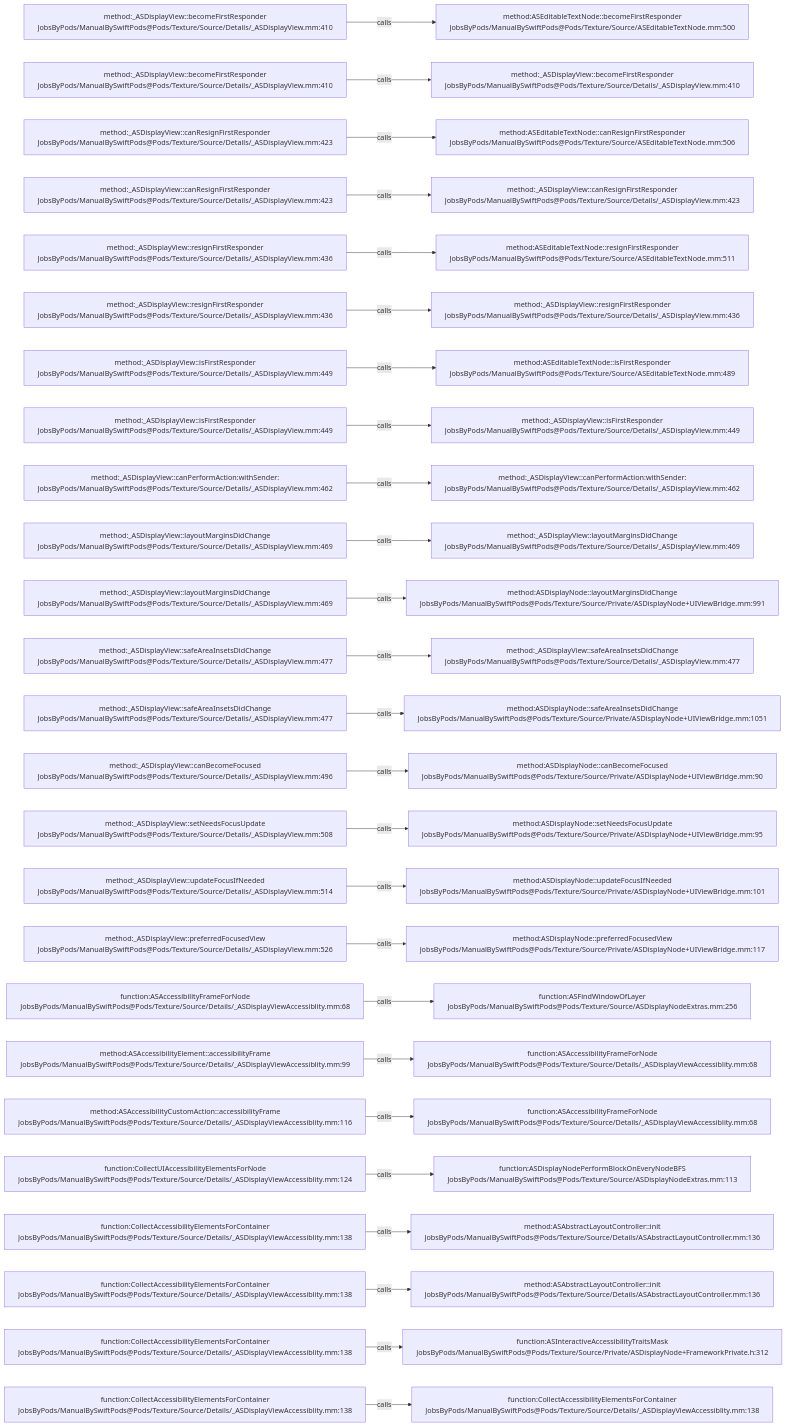
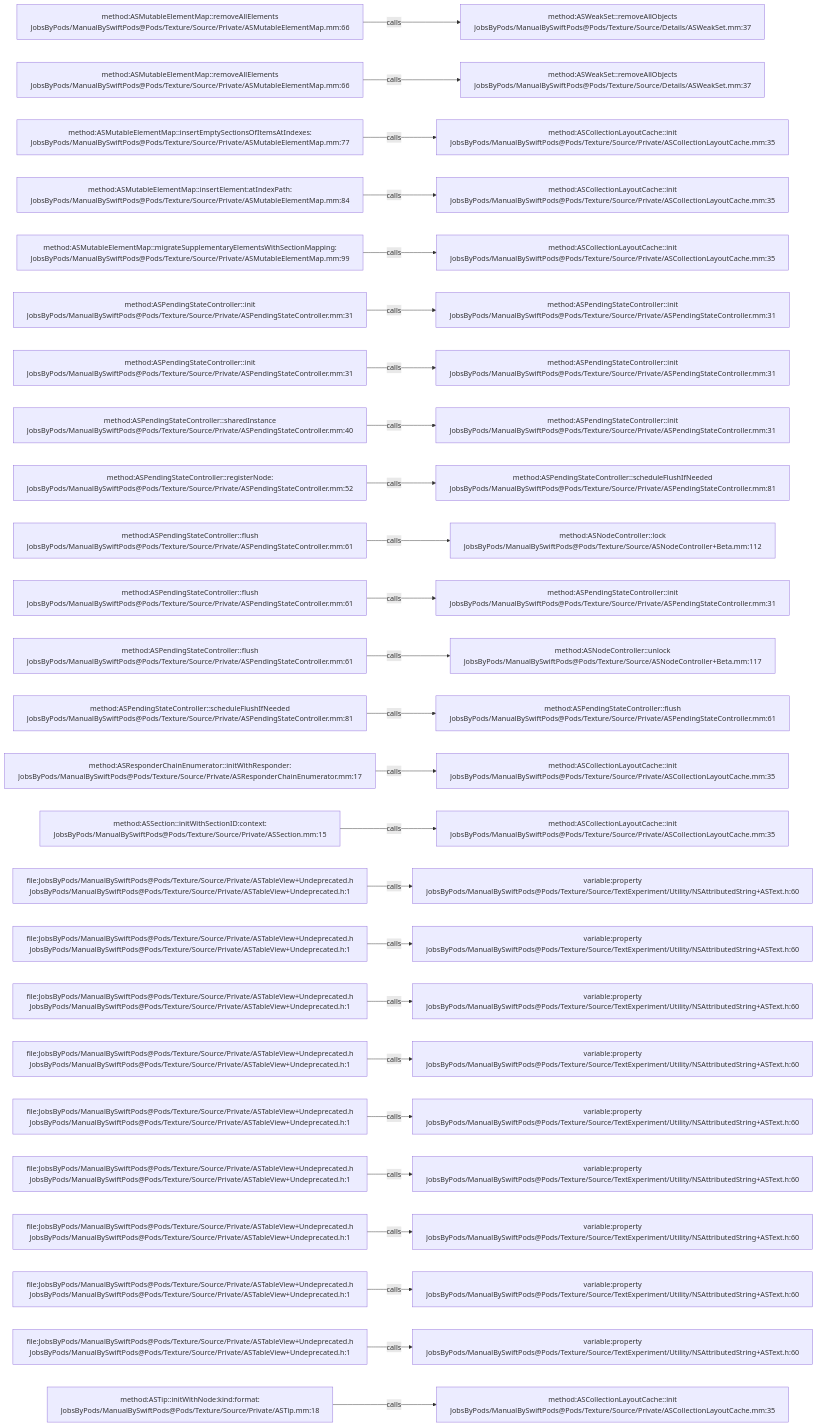
One commit to JobsKits/JobsSwiftBaseConfigDemo changed the diagram in .codegraph/codegraph.md/graphs/calls-122.md. Above: the diagram before and after it, drawn with Mermaid. The commit also changed 832 other files, not shown here.

````diff
--- a/.codegraph/codegraph.md/graphs/calls-122.md
+++ b/.codegraph/codegraph.md/graphs/calls-122.md
@@ -13,78 +13,78 @@
 ```mermaid
 flowchart LR
-  S1["method:_ASDisplayView::becomeFirstResponder<br/>JobsByPods/ManualBySwiftPods@Pods/Texture/Source/Details/_ASDisplayView.mm:410"]
-  T1["method:ASEditableTextNode::becomeFirstResponder<br/>JobsByPods/ManualBySwiftPods@Pods/Texture/Source/ASEditableTextNode.mm:500"]
+  S1["method:ASMutableElementMap::removeAllElements<br/>JobsByPods/ManualBySwiftPods@Pods/Texture/Source/Private/ASMutableElementMap.mm:66"]
+  T1["method:ASWeakSet::removeAllObjects<br/>JobsByPods/ManualBySwiftPods@Pods/Texture/Source/Details/ASWeakSet.mm:37"]
   S1 -->|calls| T1
-  S2["method:_ASDisplayView::becomeFirstResponder<br/>JobsByPods/ManualBySwiftPods@Pods/Texture/Source/Details/_ASDisplayView.mm:410"]
-  T2["method:_ASDisplayView::becomeFirstResponder<br/>JobsByPods/ManualBySwiftPods@Pods/Texture/Source/Details/_ASDisplayView.mm:410"]
+  S2["method:ASMutableElementMap::removeAllElements<br/>JobsByPods/ManualBySwiftPods@Pods/Texture/Source/Private/ASMutableElementMap.mm:66"]
+  T2["method:ASWeakSet::removeAllObjects<br/>JobsByPods/ManualBySwiftPods@Pods/Texture/Source/Details/ASWeakSet.mm:37"]
   S2 -->|calls| T2
-  S3["method:_ASDisplayView::canResignFirstResponder<br/>JobsByPods/ManualBySwiftPods@Pods/Texture/Source/Details/_ASDisplayView.mm:423"]
-  T3["method:ASEditableTextNode::canResignFirstResponder<br/>JobsByPods/ManualBySwiftPods@Pods/Texture/Source/ASEditableTextNode.mm:506"]
+  S3["method:ASMutableElementMap::insertEmptySectionsOfItemsAtIndexes:<br/>JobsByPods/ManualBySwiftPods@Pods/Texture/Source/Private/ASMutableElementMap.mm:77"]
+  T3["method:ASCollectionLayoutCache::init<br/>JobsByPods/ManualBySwiftPods@Pods/Texture/Source/Private/ASCollectionLayoutCache.mm:35"]
   S3 -->|calls| T3
-  S4["method:_ASDisplayView::canResignFirstResponder<br/>JobsByPods/ManualBySwiftPods@Pods/Texture/Source/Details/_ASDisplayView.mm:423"]
-  T4["method:_ASDisplayView::canResignFirstResponder<br/>JobsByPods/ManualBySwiftPods@Pods/Texture/Source/Details/_ASDisplayView.mm:423"]
+  S4["method:ASMutableElementMap::insertElement:atIndexPath:<br/>JobsByPods/ManualBySwiftPods@Pods/Texture/Source/Private/ASMutableElementMap.mm:84"]
+  T4["method:ASCollectionLayoutCache::init<br/>JobsByPods/ManualBySwiftPods@Pods/Texture/Source/Private/ASCollectionLayoutCache.mm:35"]
   S4 -->|calls| T4
-  S5["method:_ASDisplayView::resignFirstResponder<br/>JobsByPods/ManualBySwiftPods@Pods/Texture/Source/Details/_ASDisplayView.mm:436"]
-  T5["method:ASEditableTextNode::resignFirstResponder<br/>JobsByPods/ManualBySwiftPods@Pods/Texture/Source/ASEditableTextNode.mm:511"]
+  S5["method:ASMutableElementMap::migrateSupplementaryElementsWithSectionMapping:<br/>JobsByPods/ManualBySwiftPods@Pods/Texture/Source/Private/ASMutableElementMap.mm:99"]
+  T5["method:ASCollectionLayoutCache::init<br/>JobsByPods/ManualBySwiftPods@Pods/Texture/Source/Private/ASCollectionLayoutCache.mm:35"]
   S5 -->|calls| T5
-  S6["method:_ASDisplayView::resignFirstResponder<br/>JobsByPods/ManualBySwiftPods@Pods/Texture/Source/Details/_ASDisplayView.mm:436"]
-  T6["method:_ASDisplayView::resignFirstResponder<br/>JobsByPods/ManualBySwiftPods@Pods/Texture/Source/Details/_ASDisplayView.mm:436"]
+  S6["method:ASPendingStateController::init<br/>JobsByPods/ManualBySwiftPods@Pods/Texture/Source/Private/ASPendingStateController.mm:31"]
+  T6["method:ASPendingStateController::init<br/>JobsByPods/ManualBySwiftPods@Pods/Texture/Source/Private/ASPendingStateController.mm:31"]
   S6 -->|calls| T6
-  S7["method:_ASDisplayView::isFirstResponder<br/>JobsByPods/ManualBySwiftPods@Pods/Texture/Source/Details/_ASDisplayView.mm:449"]
-  T7["method:ASEditableTextNode::isFirstResponder<br/>JobsByPods/ManualBySwiftPods@Pods/Texture/Source/ASEditableTextNode.mm:489"]
+  S7["method:ASPendingStateController::init<br/>JobsByPods/ManualBySwiftPods@Pods/Texture/Source/Private/ASPendingStateController.mm:31"]
+  T7["method:ASPendingStateController::init<br/>JobsByPods/ManualBySwiftPods@Pods/Texture/Source/Private/ASPendingStateController.mm:31"]
   S7 -->|calls| T7
-  S8["method:_ASDisplayView::isFirstResponder<br/>JobsByPods/ManualBySwiftPods@Pods/Texture/Source/Details/_ASDisplayView.mm:449"]
-  T8["method:_ASDisplayView::isFirstResponder<br/>JobsByPods/ManualBySwiftPods@Pods/Texture/Source/Details/_ASDisplayView.mm:449"]
+  S8["method:ASPendingStateController::sharedInstance<br/>JobsByPods/ManualBySwiftPods@Pods/Texture/Source/Private/ASPendingStateController.mm:40"]
+  T8["method:ASPendingStateController::init<br/>JobsByPods/ManualBySwiftPods@Pods/Texture/Source/Private/ASPendingStateController.mm:31"]
   S8 -->|calls| T8
-  S9["method:_ASDisplayView::canPerformAction:withSender:<br/>JobsByPods/ManualBySwiftPods@Pods/Texture/Source/Details/_ASDisplayView.mm:462"]
-  T9["method:_ASDisplayView::canPerformAction:withSender:<br/>JobsByPods/ManualBySwiftPods@Pods/Texture/Source/Details/_ASDisplayView.mm:462"]
+  S9["method:ASPendingStateController::registerNode:<br/>JobsByPods/ManualBySwiftPods@Pods/Texture/Source/Private/ASPendingStateController.mm:52"]
+  T9["method:ASPendingStateController::scheduleFlushIfNeeded<br/>JobsByPods/ManualBySwiftPods@Pods/Texture/Source/Private/ASPendingStateController.mm:81"]
   S9 -->|calls| T9
-  S10["method:_ASDisplayView::layoutMarginsDidChange<br/>JobsByPods/ManualBySwiftPods@Pods/Texture/Source/Details/_ASDisplayView.mm:469"]
-  T10["method:_ASDisplayView::layoutMarginsDidChange<br/>JobsByPods/ManualBySwiftPods@Pods/Texture/Source/Details/_ASDisplayView.mm:469"]
+  S10["method:ASPendingStateController::flush<br/>JobsByPods/ManualBySwiftPods@Pods/Texture/Source/Private/ASPendingStateController.mm:61"]
+  T10["method:ASNodeController::lock<br/>JobsByPods/ManualBySwiftPods@Pods/Texture/Source/ASNodeController+Beta.mm:112"]
   S10 -->|calls| T10
-  S11["method:_ASDisplayView::layoutMarginsDidChange<br/>JobsByPods/ManualBySwiftPods@Pods/Texture/Source/Details/_ASDisplayView.mm:469"]
-  T11["method:ASDisplayNode::layoutMarginsDidChange<br/>JobsByPods/ManualBySwiftPods@Pods/Texture/Source/Private/ASDisplayNode+UIViewBridge.mm:991"]
+  S11["method:ASPendingStateController::flush<br/>JobsByPods/ManualBySwiftPods@Pods/Texture/Source/Private/ASPendingStateController.mm:61"]
+  T11["method:ASPendingStateController::init<br/>JobsByPods/ManualBySwiftPods@Pods/Texture/Source/Private/ASPendingStateController.mm:31"]
   S11 -->|calls| T11
-  S12["method:_ASDisplayView::safeAreaInsetsDidChange<br/>JobsByPods/ManualBySwiftPods@Pods/Texture/Source/Details/_ASDisplayView.mm:477"]
-  T12["method:_ASDisplayView::safeAreaInsetsDidChange<br/>JobsByPods/ManualBySwiftPods@Pods/Texture/Source/Details/_ASDisplayView.mm:477"]
+  S12["method:ASPendingStateController::flush<br/>JobsByPods/ManualBySwiftPods@Pods/Texture/Source/Private/ASPendingStateController.mm:61"]
+  T12["method:ASNodeController::unlock<br/>JobsByPods/ManualBySwiftPods@Pods/Texture/Source/ASNodeController+Beta.mm:117"]
   S12 -->|calls| T12
-  S13["method:_ASDisplayView::safeAreaInsetsDidChange<br/>JobsByPods/ManualBySwiftPods@Pods/Texture/Source/Details/_ASDisplayView.mm:477"]
-  T13["method:ASDisplayNode::safeAreaInsetsDidChange<br/>JobsByPods/ManualBySwiftPods@Pods/Texture/Source/Private/ASDisplayNode+UIViewBridge.mm:1051"]
+  S13["method:ASPendingStateController::scheduleFlushIfNeeded<br/>JobsByPods/ManualBySwiftPods@Pods/Texture/Source/Private/ASPendingStateController.mm:81"]
+  T13["method:ASPendingStateController::flush<br/>JobsByPods/ManualBySwiftPods@Pods/Texture/Source/Private/ASPendingStateController.mm:61"]
   S13 -->|calls| T13
-  S14["method:_ASDisplayView::canBecomeFocused<br/>JobsByPods/ManualBySwiftPods@Pods/Texture/Source/Details/_ASDisplayView.mm:496"]
-  T14["method:ASDisplayNode::canBecomeFocused<br/>JobsByPods/ManualBySwiftPods@Pods/Texture/Source/Private/ASDisplayNode+UIViewBridge.mm:90"]
+  S14["method:ASResponderChainEnumerator::initWithResponder:<br/>JobsByPods/ManualBySwiftPods@Pods/Texture/Source/Private/ASResponderChainEnumerator.mm:17"]
+  T14["method:ASCollectionLayoutCache::init<br/>JobsByPods/ManualBySwiftPods@Pods/Texture/Source/Private/ASCollectionLayoutCache.mm:35"]
   S14 -->|calls| T14
-  S15["method:_ASDisplayView::setNeedsFocusUpdate<br/>JobsByPods/ManualBySwiftPods@Pods/Texture/Source/Details/_ASDisplayView.mm:508"]
-  T15["method:ASDisplayNode::setNeedsFocusUpdate<br/>JobsByPods/ManualBySwiftPods@Pods/Texture/Source/Private/ASDisplayNode+UIViewBridge.mm:95"]
+  S15["method:ASSection::initWithSectionID:context:<br/>JobsByPods/ManualBySwiftPods@Pods/Texture/Source/Private/ASSection.mm:15"]
+  T15["method:ASCollectionLayoutCache::init<br/>JobsByPods/ManualBySwiftPods@Pods/Texture/Source/Private/ASCollectionLayoutCache.mm:35"]
   S15 -->|calls| T15
-  S16["method:_ASDisplayView::updateFocusIfNeeded<br/>JobsByPods/ManualBySwiftPods@Pods/Texture/Source/Details/_ASDisplayView.mm:514"]
-  T16["method:ASDisplayNode::updateFocusIfNeeded<br/>JobsByPods/ManualBySwiftPods@Pods/Texture/Source/Private/ASDisplayNode+UIViewBridge.mm:101"]
+  S16["file:JobsByPods/ManualBySwiftPods@Pods/Texture/Source/Private/ASTableView+Undeprecated.h<br/>JobsByPods/ManualBySwiftPods@Pods/Texture/Source/Private/ASTableView+Undeprecated.h:1"]
+  T16["variable:property<br/>JobsByPods/ManualBySwiftPods@Pods/Texture/Source/TextExperiment/Utility/NSAttributedString+ASText.h:60"]
   S16 -->|calls| T16
-  S17["method:_ASDisplayView::preferredFocusedView<br/>JobsByPods/ManualBySwiftPods@Pods/Texture/Source/Details/_ASDisplayView.mm:526"]
-  T17["method:ASDisplayNode::preferredFocusedView<br/>JobsByPods/ManualBySwiftPods@Pods/Texture/Source/Private/ASDisplayNode+UIViewBridge.mm:117"]
+  S17["file:JobsByPods/ManualBySwiftPods@Pods/Texture/Source/Private/ASTableView+Undeprecated.h<br/>JobsByPods/ManualBySwiftPods@Pods/Texture/Source/Private/ASTableView+Undeprecated.h:1"]
+  T17["variable:property<br/>JobsByPods/ManualBySwiftPods@Pods/Texture/Source/TextExperiment/Utility/NSAttributedString+ASText.h:60"]
   S17 -->|calls| T17
-  S18["function:ASAccessibilityFrameForNode<br/>JobsByPods/ManualBySwiftPods@Pods/Texture/Source/Details/_ASDisplayViewAccessiblity.mm:68"]
-  T18["function:ASFindWindowOfLayer<br/>JobsByPods/ManualBySwiftPods@Pods/Texture/Source/ASDisplayNodeExtras.mm:256"]
+  S18["file:JobsByPods/ManualBySwiftPods@Pods/Texture/Source/Private/ASTableView+Undeprecated.h<br/>JobsByPods/ManualBySwiftPods@Pods/Texture/Source/Private/ASTableView+Undeprecated.h:1"]
+  T18["variable:property<br/>JobsByPods/ManualBySwiftPods@Pods/Texture/Source/TextExperiment/Utility/NSAttributedString+ASText.h:60"]
   S18 -->|calls| T18
-  S19["method:ASAccessibilityElement::accessibilityFrame<br/>JobsByPods/ManualBySwiftPods@Pods/Texture/Source/Details/_ASDisplayViewAccessiblity.mm:99"]
-  T19["function:ASAccessibilityFrameForNode<br/>JobsByPods/ManualBySwiftPods@Pods/Texture/Source/Details/_ASDisplayViewAccessiblity.mm:68"]
+  S19["file:JobsByPods/ManualBySwiftPods@Pods/Texture/Source/Private/ASTableView+Undeprecated.h<br/>JobsByPods/ManualBySwiftPods@Pods/Texture/Source/Private/ASTableView+Undeprecated.h:1"]
+  T19["variable:property<br/>JobsByPods/ManualBySwiftPods@Pods/Texture/Source/TextExperiment/Utility/NSAttributedString+ASText.h:60"]
   S19 -->|calls| T19
-  S20["method:ASAccessibilityCustomAction::accessibilityFrame<br/>JobsByPods/ManualBySwiftPods@Pods/Texture/Source/Details/_ASDisplayViewAccessiblity.mm:116"]
-  T20["function:ASAccessibilityFrameForNode<br/>JobsByPods/ManualBySwiftPods@Pods/Texture/Source/Details/_ASDisplayViewAccessiblity.mm:68"]
+  S20["file:JobsByPods/ManualBySwiftPods@Pods/Texture/Source/Private/ASTableView+Undeprecated.h<br/>JobsByPods/ManualBySwiftPods@Pods/Texture/Source/Private/ASTableView+Undeprecated.h:1"]
+  T20["variable:property<br/>JobsByPods/ManualBySwiftPods@Pods/Texture/Source/TextExperiment/Utility/NSAttributedString+ASText.h:60"]
   S20 -->|calls| T20
-  S21["function:CollectUIAccessibilityElementsForNode<br/>JobsByPods/ManualBySwiftPods@Pods/Texture/Source/Details/_ASDisplayViewAccessiblity.mm:124"]
-  T21["function:ASDisplayNodePerformBlockOnEveryNodeBFS<br/>JobsByPods/ManualBySwiftPods@Pods/Texture/Source/ASDisplayNodeExtras.mm:113"]
+  S21["file:JobsByPods/ManualBySwiftPods@Pods/Texture/Source/Private/ASTableView+Undeprecated.h<br/>JobsByPods/ManualBySwiftPods@Pods/Texture/Source/Private/ASTableView+Undeprecated.h:1"]
+  T21["variable:property<br/>JobsByPods/ManualBySwiftPods@Pods/Texture/Source/TextExperiment/Utility/NSAttributedString+ASText.h:60"]
   S21 -->|calls| T21
-  S22["function:CollectAccessibilityElementsForContainer<br/>JobsByPods/ManualBySwiftPods@Pods/Texture/Source/Details/_ASDisplayViewAccessiblity.mm:138"]
-  T22["method:ASAbstractLayoutController::init<br/>JobsByPods/ManualBySwiftPods@Pods/Texture/Source/Details/ASAbstractLayoutController.mm:136"]
+  S22["file:JobsByPods/ManualBySwiftPods@Pods/Texture/Source/Private/ASTableView+Undeprecated.h<br/>JobsByPods/ManualBySwiftPods@Pods/Texture/Source/Private/ASTableView+Undeprecated.h:1"]
+  T22["variable:property<br/>JobsByPods/ManualBySwiftPods@Pods/Texture/Source/TextExperiment/Utility/NSAttributedString+ASText.h:60"]
   S22 -->|calls| T22
-  S23["function:CollectAccessibilityElementsForContainer<br/>JobsByPods/ManualBySwiftPods@Pods/Texture/Source/Details/_ASDisplayViewAccessiblity.mm:138"]
-  T23["method:ASAbstractLayoutController::init<br/>JobsByPods/ManualBySwiftPods@Pods/Texture/Source/Details/ASAbstractLayoutController.mm:136"]
+  S23["file:JobsByPods/ManualBySwiftPods@Pods/Texture/Source/Private/ASTableView+Undeprecated.h<br/>JobsByPods/ManualBySwiftPods@Pods/Texture/Source/Private/ASTableView+Undeprecated.h:1"]
+  T23["variable:property<br/>JobsByPods/ManualBySwiftPods@Pods/Texture/Source/TextExperiment/Utility/NSAttributedString+ASText.h:60"]
   S23 -->|calls| T23
-  S24["function:CollectAccessibilityElementsForContainer<br/>JobsByPods/ManualBySwiftPods@Pods/Texture/Source/Details/_ASDisplayViewAccessiblity.mm:138"]
-  T24["function:ASInteractiveAccessibilityTraitsMask<br/>JobsByPods/ManualBySwiftPods@Pods/Texture/Source/Private/ASDisplayNode+FrameworkPrivate.h:312"]
+  S24["file:JobsByPods/ManualBySwiftPods@Pods/Texture/Source/Private/ASTableView+Undeprecated.h<br/>JobsByPods/ManualBySwiftPods@Pods/Texture/Source/Private/ASTableView+Undeprecated.h:1"]
+  T24["variable:property<br/>JobsByPods/ManualBySwiftPods@Pods/Texture/Source/TextExperiment/Utility/NSAttributedString+ASText.h:60"]
   S24 -->|calls| T24
-  S25["function:CollectAccessibilityElementsForContainer<br/>JobsByPods/ManualBySwiftPods@Pods/Texture/Source/Details/_ASDisplayViewAccessiblity.mm:138"]
-  T25["function:CollectAccessibilityElementsForContainer<br/>JobsByPods/ManualBySwiftPods@Pods/Texture/Source/Details/_ASDisplayViewAccessiblity.mm:138"]
+  S25["method:ASTip::initWithNode:kind:format:<br/>JobsByPods/ManualBySwiftPods@Pods/Texture/Source/Private/ASTip.mm:18"]
+  T25["method:ASCollectionLayoutCache::init<br/>JobsByPods/ManualBySwiftPods@Pods/Texture/Source/Private/ASCollectionLayoutCache.mm:35"]
   S25 -->|calls| T25
 ```
````
